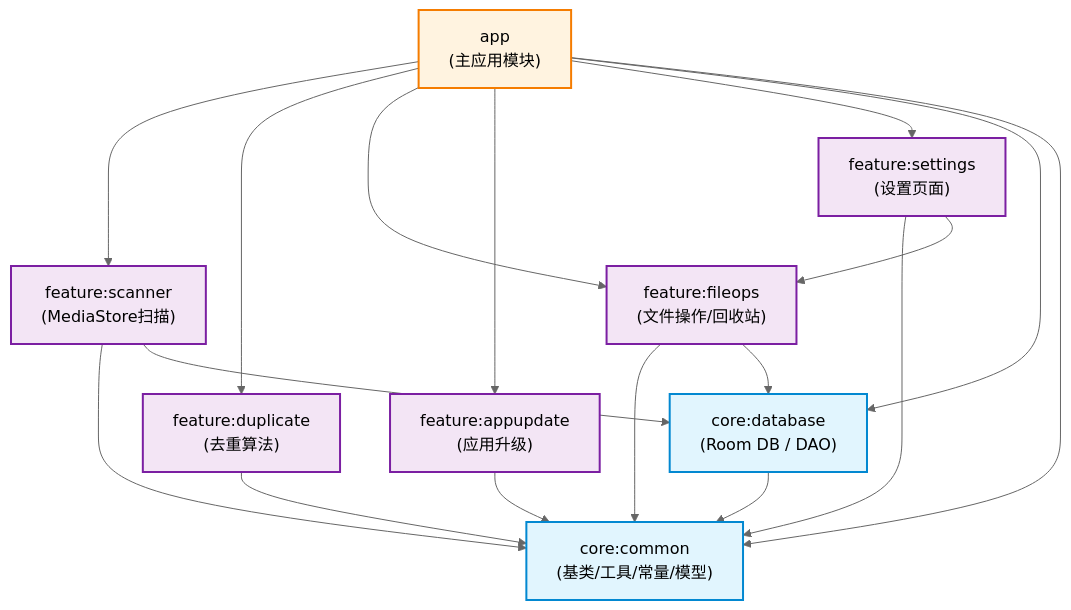
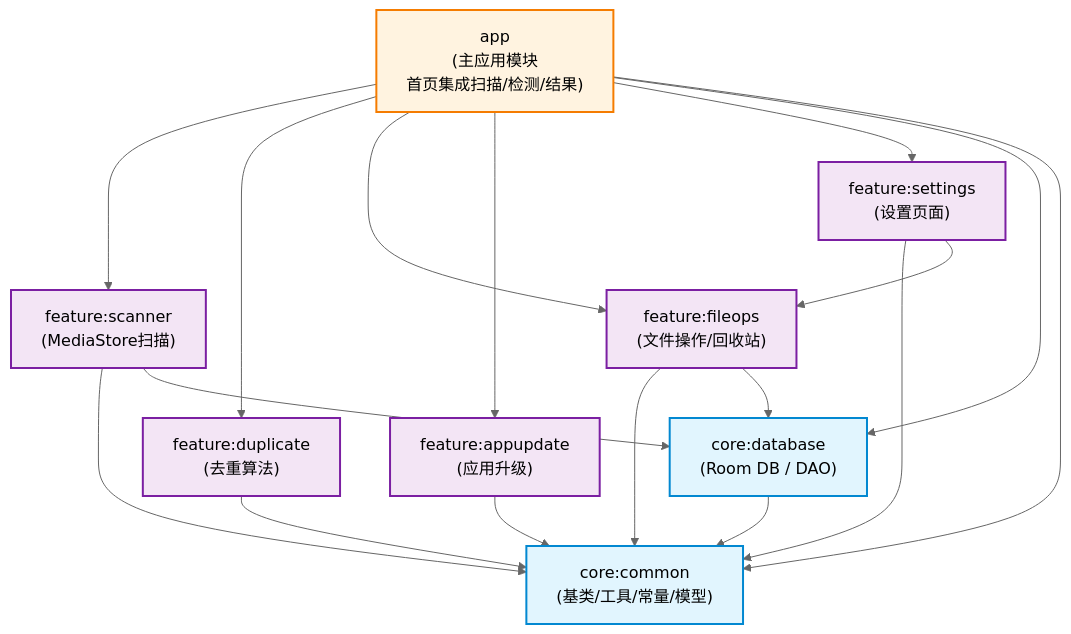
The second of 6 diagrams in README.md (PingWangWang/MediaCleaner), drawn with Mermaid (neutral theme) before and after one commit. The commit also changed other lines of this file and 3 other files, not shown here.

Commit message:
更新 README.md，修正模块数量描述；重构 AppNavGraph 和 HomeScreen，简化导航逻辑；优化 SettingsScreen 的设置组视图样式

````diff
--- a/README.md
+++ b/README.md
@@ -106,42 +109,42 @@
 ```mermaid
 graph TD
-    App["app<br/>(主应用模块)"]
+    App["app<br/>(主应用模块<br/>首页集成扫描/检测/结果)"]
     CoreCommon["core:common<br/>(基类/工具/常量/模型)"]
     CoreDB["core:database<br/>(Room DB / DAO)"]
     Scanner["feature:scanner<br/>(MediaStore扫描)"]
     Dup["feature:duplicate<br/>(去重算法)"]
     FileOps["feature:fileops<br/>(文件操作/回收站)"]
     AppUpdate["feature:appupdate<br/>(应用升级)"]
     Settings["feature:settings<br/>(设置页面)"]
 
     App --> Scanner
     App --> Dup
     App --> FileOps
     App --> AppUpdate
     App --> Settings
     App --> CoreDB
     App --> CoreCommon
 
     Scanner --> CoreCommon
     Scanner --> CoreDB
 
     Dup --> CoreCommon
 
     FileOps --> CoreCommon
     FileOps --> CoreDB
 
     AppUpdate --> CoreCommon
 
     Settings --> CoreCommon
     Settings --> FileOps
 
     CoreDB --> CoreCommon
 
     classDef core fill:#e1f5fe,stroke:#0288d1,stroke-width:2px
     classDef feature fill:#f3e5f5,stroke:#7b1fa2,stroke-width:2px
     classDef app fill:#fff3e0,stroke:#f57c00,stroke-width:2px
 
     class CoreCommon,CoreDB core
     class Scanner,Dup,FileOps,AppUpdate,Settings feature
     class App app
 ```
````
